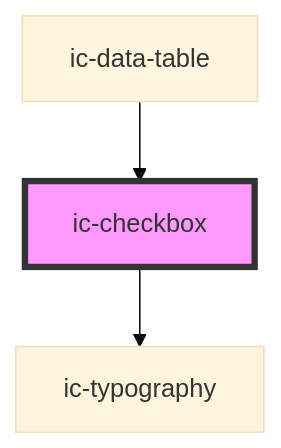
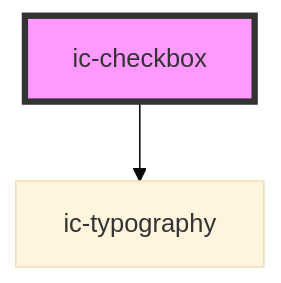
One commit to mi6/ic-ui-kit changed the diagram in packages/web-components/src/components/ic-checkbox/readme.md. Above: the diagram before and after it, drawn with Mermaid (base theme). The commit also changed other lines of this file and 134 other files, not shown here.

````diff
--- a/packages/web-components/src/components/ic-checkbox/readme.md
+++ b/packages/web-components/src/components/ic-checkbox/readme.md
@@ -69,6 +63,5 @@
 ```mermaid
 graph TD;
   ic-checkbox --> ic-typography
-  ic-data-table --> ic-checkbox
   style ic-checkbox fill:#f9f,stroke:#333,stroke-width:4px
 ```
````
